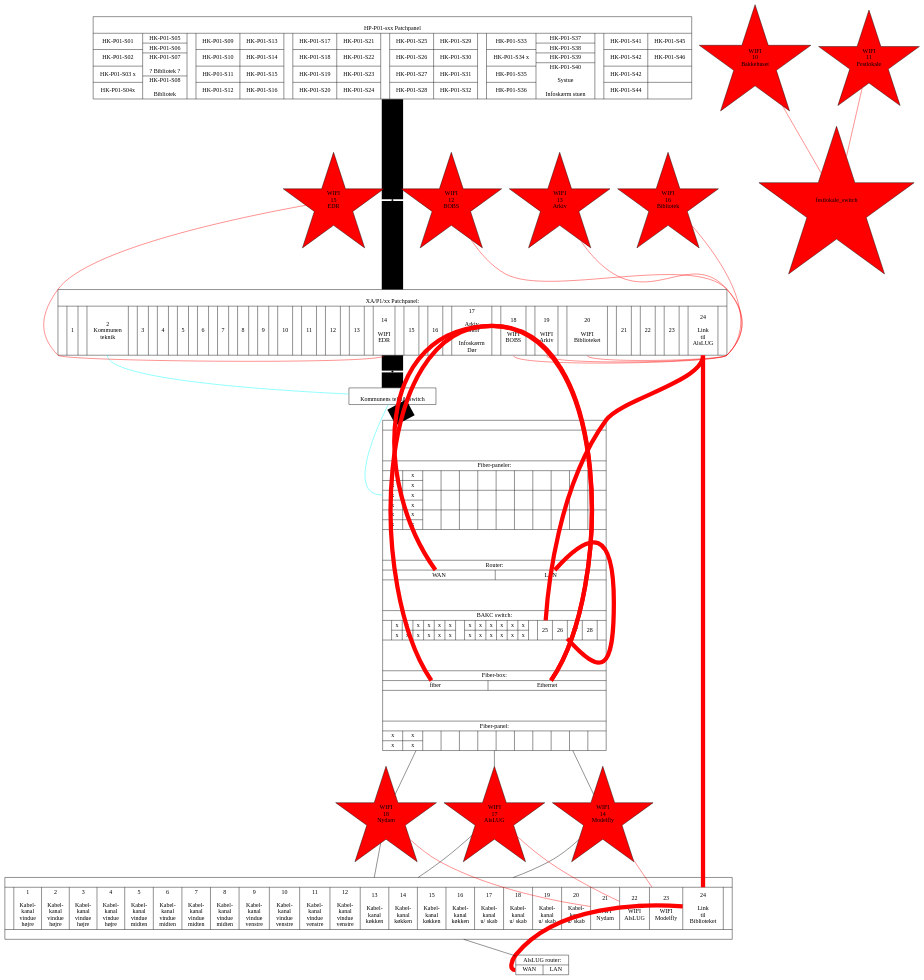
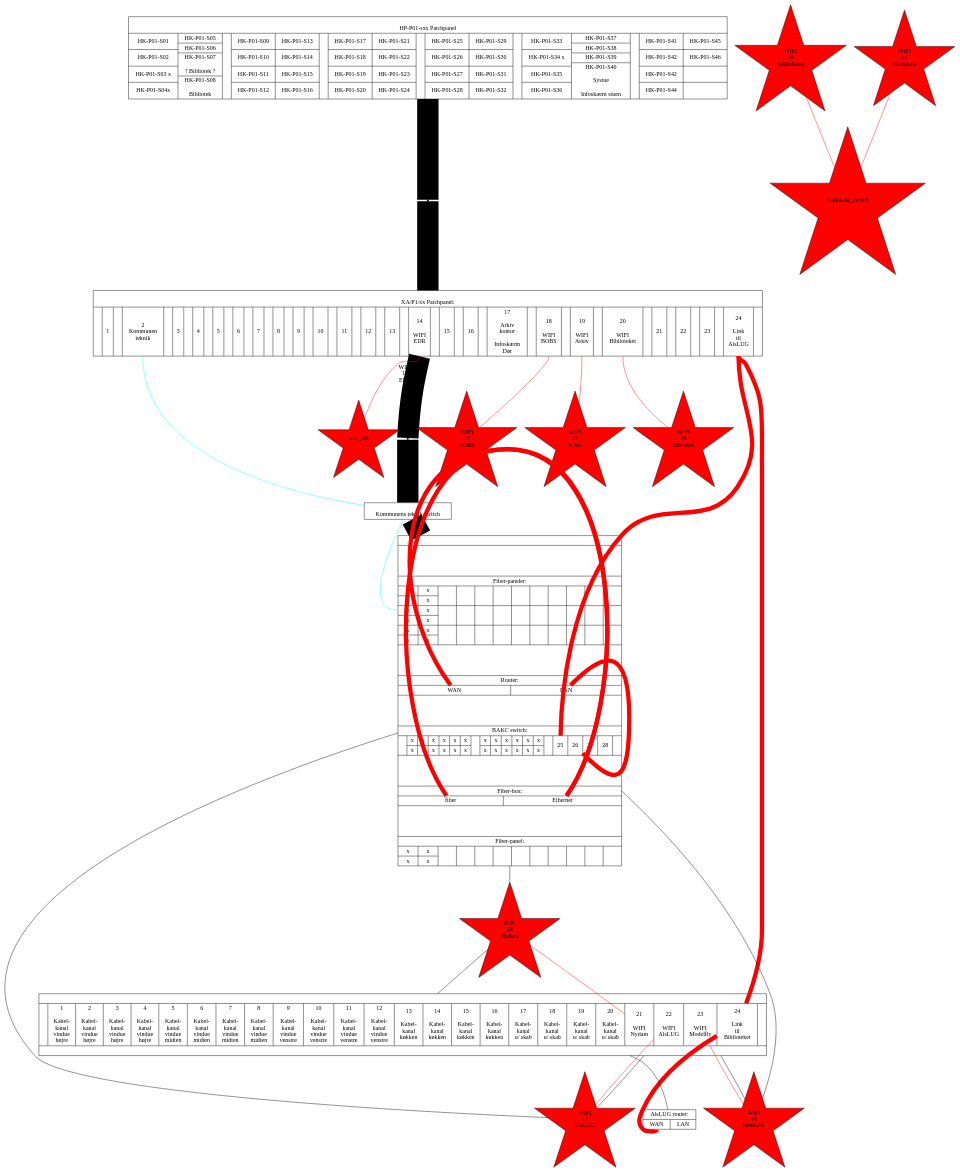
The diagram in projekter/patch-paneler.dot (alslug/alslug.dk), drawn with Graphviz before and after one commit.

```diff
--- a/projekter/patch-paneler.dot
+++ b/projekter/patch-paneler.dot
@@ -221,14 +221,14 @@
     wifi_bakkehuset -> festlokale_switch;  wifi_bakkehuset [ label="WIFI\n10\nBakkehuset" ];
     wifi_festlokale -> festlokale_switch;  wifi_festlokale [ label="WIFI\n11\nFestlokale" ];
 
-    wifi_bobs       -> xa_p1:18;           wifi_bobs       [ label="WIFI\n12\nBOBS"       ];
-    wifi_arkiv      -> xa_p1:19;           wifi_arkiv      [ label="WIFI\n13\nArkiv"      ];
-    wifi_modelfly   -> alslug_patch:23;    wifi_modelfly   [ label="WIFI\n14\nModelfly"   ];
-    wifi_edr        -> xa_p1:14;           wifi_edr        [ label="WIFI\n15\nEDR"        ];
+    xa_p1:18        -> wifi_bobs;     wifi_bobs       [ label="WIFI\n12\nBOBS"       ];
+    xa_p1:19        -> wifi_arkiv;    wifi_arkiv      [ label="WIFI\n13\nArkiv"      ];
+    alslug_patch:23 -> wifi_modelfly; wifi_modelfly   [ label="WIFI\n14\nModelfly"   ];
+    xa_p1:14        -> wifi_edr:      wifi_edr        [ label="WIFI\n15\nEDR"        ];
 
-    wifi_bib        -> xa_p1:20;           wifi_bib        [ label="WIFI\n16\nBibliotek"  ];
-    wifi_alslug     -> alslug_patch:22;    wifi_alslug     [ label="WIFI\n17\nAlsLUG"     ];
-    wifi_nydam      -> alslug_patch:21;    wifi_nydam      [ label="WIFI\n18\nNydam"      ];
+    xa_p1:20        -> wifi_bib;      wifi_bib        [ label="WIFI\n16\nBibliotek"  ];
+    alslug_patch:22 -> wifi_alslug;   wifi_alslug     [ label="WIFI\n17\nAlsLUG"     ];
+    alslug_patch:21 -> wifi_nydam;    wifi_nydam      [ label="WIFI\n18\nNydam"      ];
   }
 
   bib_skab:switch_25 -> xa_p1:24 -> alslug_patch:24 -> alslug_router:wan [ color=red penwidth=10 ];
```
